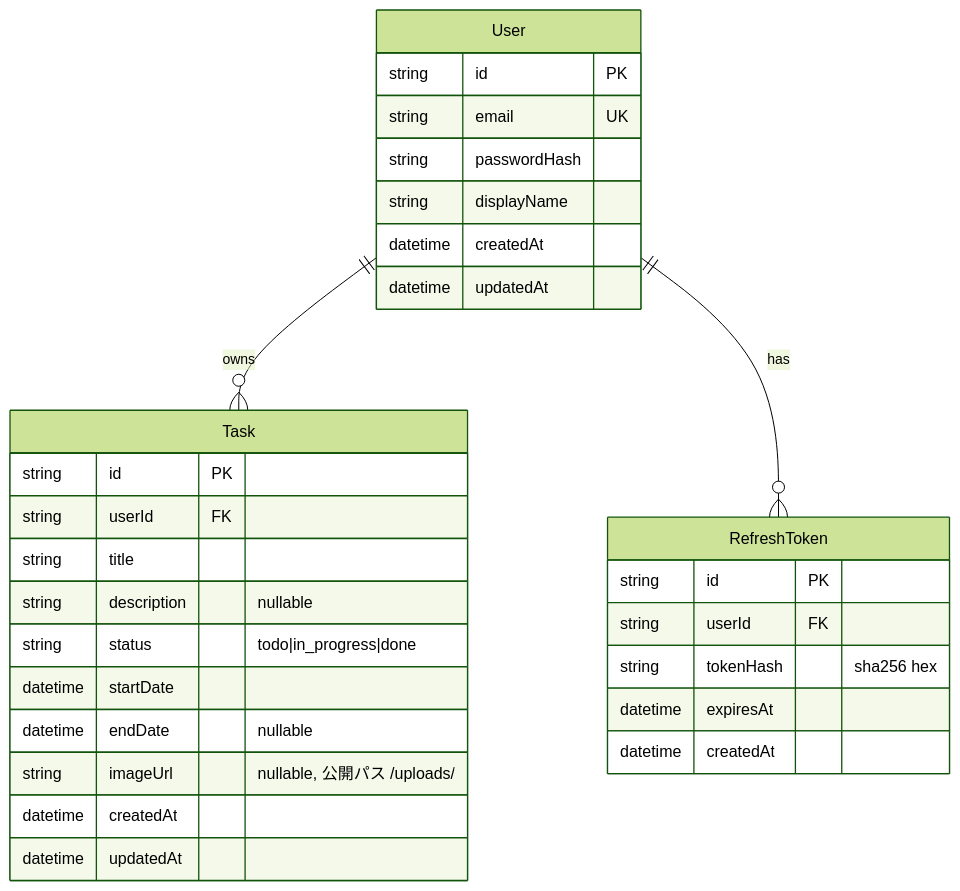
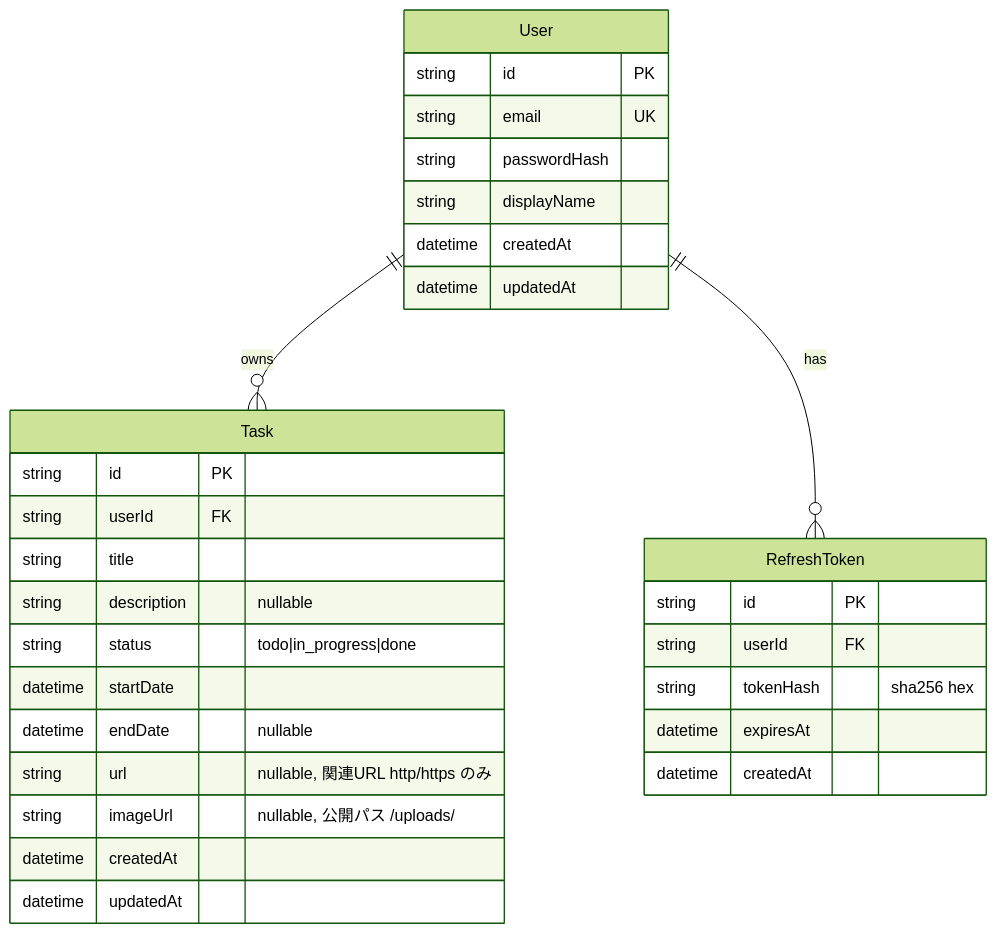
One commit to kojikawazu/nuxtjs-nestjs-arch-practice changed the diagram in docs/05-data-specification.md. Above: the diagram before and after it, drawn with Mermaid (forest theme). The commit also changed other lines of this file and 21 other files, not shown here.

````diff
--- a/docs/05-data-specification.md
+++ b/docs/05-data-specification.md
@@ -15,33 +15,34 @@
 ```mermaid
 erDiagram
   User ||--o{ Task : owns
   User ||--o{ RefreshToken : has
 
   User {
     string id PK
     string email UK
     string passwordHash
     string displayName
     datetime createdAt
     datetime updatedAt
   }
   Task {
     string id PK
     string userId FK
     string title
     string description "nullable"
     string status "todo|in_progress|done"
     datetime startDate
     datetime endDate "nullable"
+    string url "nullable, 関連URL http/https のみ"
     string imageUrl "nullable, 公開パス /uploads/<file>"
     datetime createdAt
     datetime updatedAt
   }
   RefreshToken {
     string id PK
     string userId FK
     string tokenHash "sha256 hex"
     datetime expiresAt
     datetime createdAt
   }
 ```
````
